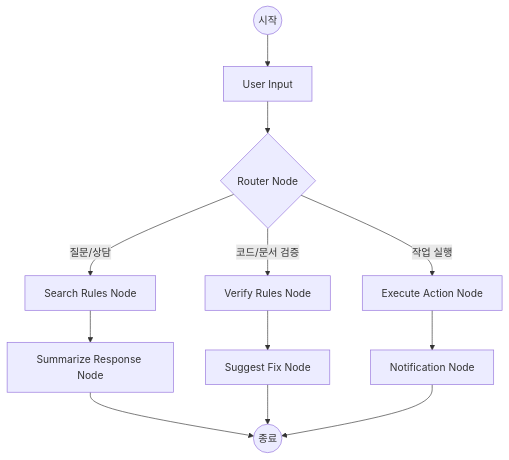
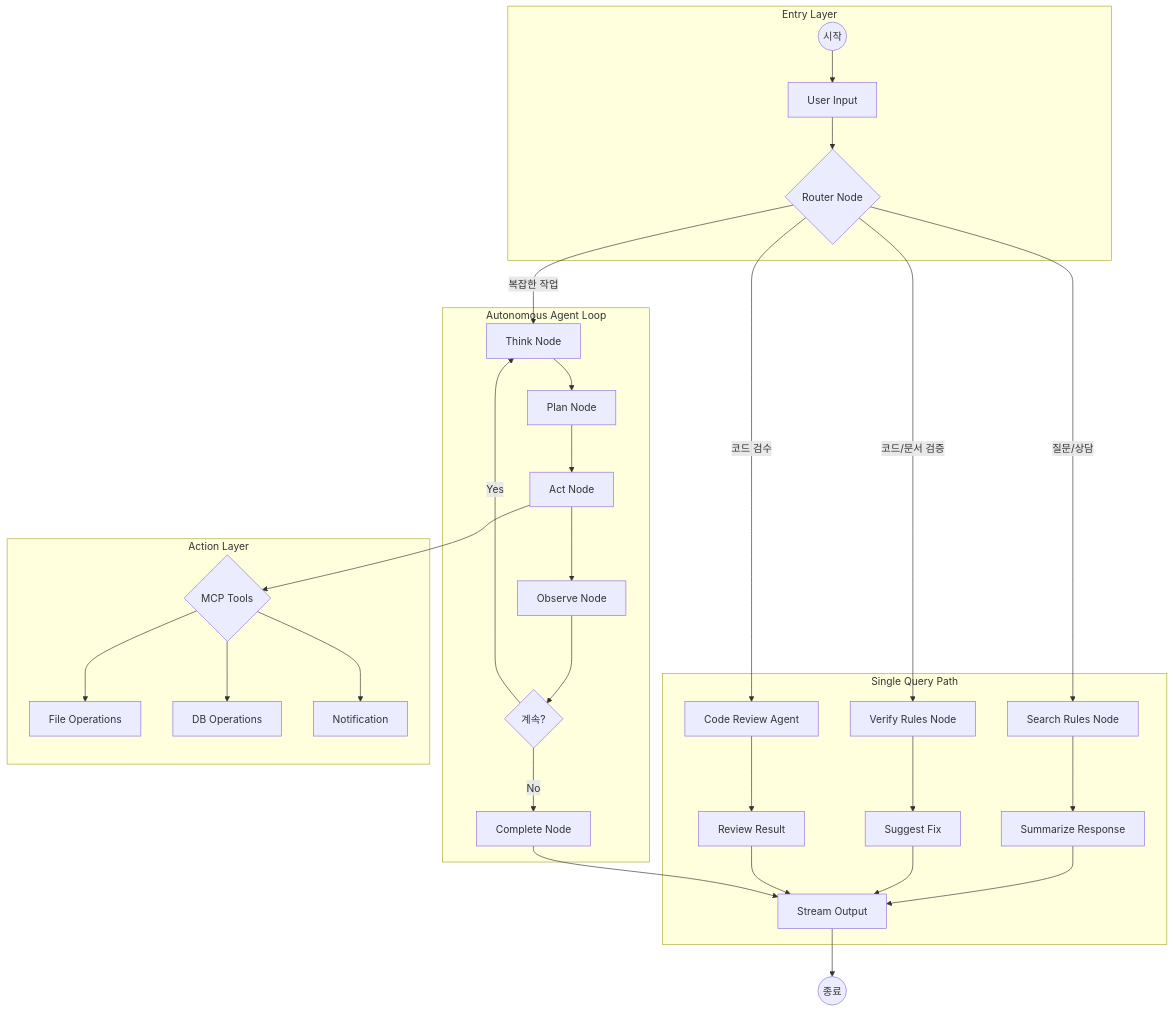
Before and after one commit to heejae101/developer-onboarding: the diagram in 03_설계/03_LangGraph_노드_설계.md, drawn with Mermaid. The commit also changed other lines of this file and 18 other files, not shown here.

````diff
--- a/03_설계/03_LangGraph_노드_설계.md
+++ b/03_설계/03_LangGraph_노드_설계.md
@@ -5,17 +15,39 @@
 ```mermaid
 graph TD
-    Start((시작)) --> Input[User Input]
-    Input --> Router{Router Node}
+    subgraph "Entry Layer"
+        Start((시작)) --> Input[User Input]
+        Input --> Router{Router Node}
+    end
     
-    Router -- "질문/상담" --> RAG[Search Rules Node]
-    Router -- "코드/문서 검증" --> Verify[Verify Rules Node]
-    Router -- "작업 실행" --> Action[Execute Action Node]
+    subgraph "Single Query Path"
+        Router -->|질문/상담| RAG[Search Rules Node]
+        Router -->|코드/문서 검증| Verify[Verify Rules Node]
+        Router -->|코드 검수| CodeReview[Code Review Agent]
+        RAG --> Summarize[Summarize Response]
+        Verify --> Fix[Suggest Fix]
+        CodeReview --> ReviewResult[Review Result]
+        Summarize --> StreamOut[Stream Output]
+        Fix --> StreamOut
+        ReviewResult --> StreamOut
+    end
     
-    RAG --> Summarize[Summarize Response Node]
-    Verify --> Fix[Suggest Fix Node]
-    Action --> Notify[Notification Node]
+    subgraph "Autonomous Agent Loop"
+        Router -->|복잡한 작업| Think[Think Node]
+        Think --> Plan[Plan Node]
+        Plan --> Act[Act Node]
+        Act --> Observe[Observe Node]
+        Observe --> ShouldContinue{계속?}
+        ShouldContinue -->|Yes| Think
+        ShouldContinue -->|No| Complete[Complete Node]
+        Complete --> StreamOut
+    end
     
-    Summarize --> End((종료))
-    Fix --> End
-    Notify --> End
+    subgraph "Action Layer"
+        Act --> Tools{MCP Tools}
+        Tools --> FileOps[File Operations]
+        Tools --> DBOps[DB Operations]
+        Tools --> Notify[Notification]
+    end
+    
+    StreamOut --> End((종료))
 ```
````
